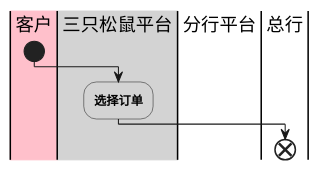
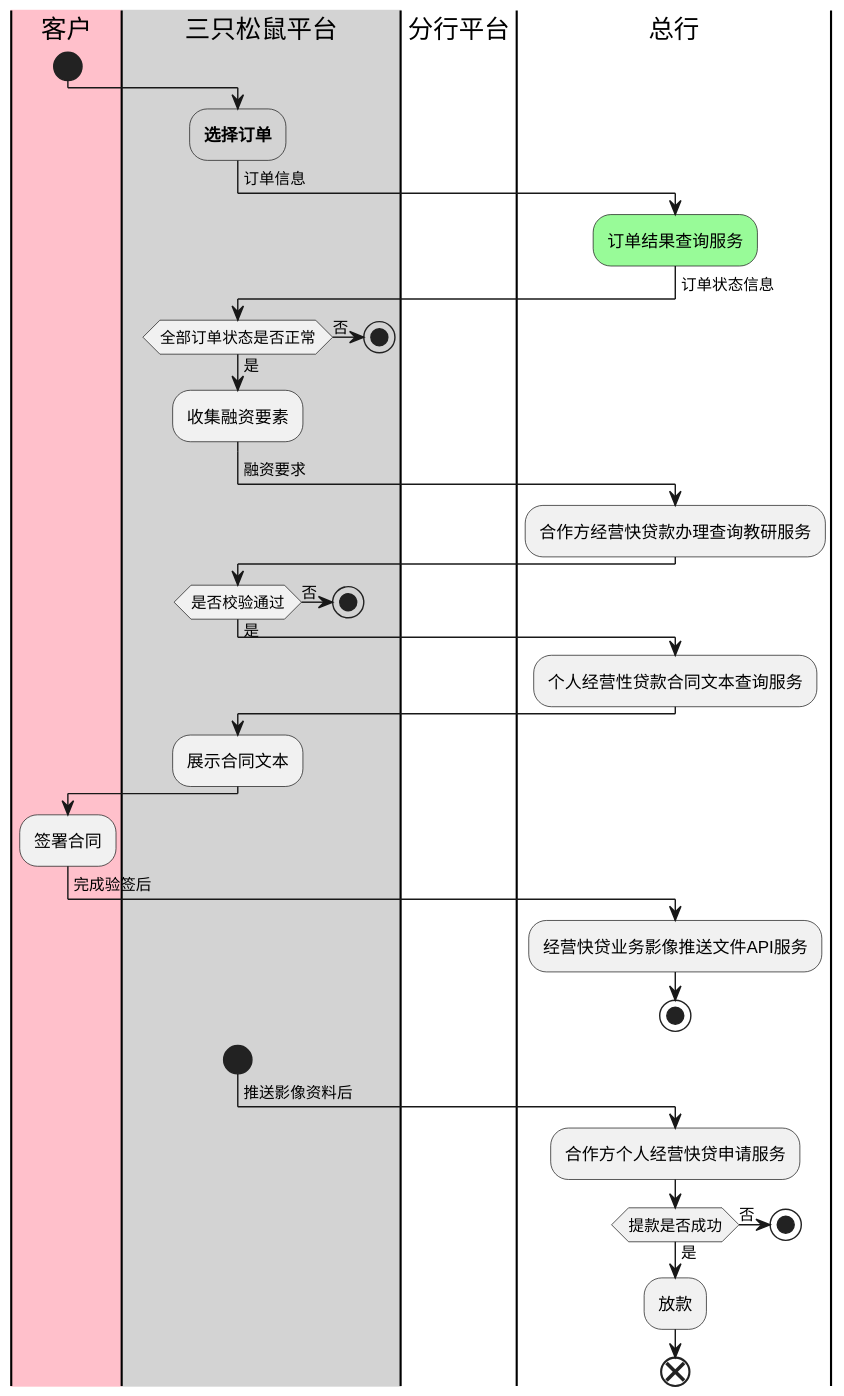
Before and after one commit to zhaoshg/javatest: the diagram in plantuml/Swimlanes.puml, drawn with PlantUML. The commit also changed 1 other file, not shown here.

Commit message:
状态图

```diff
--- a/plantuml/Swimlanes.puml
+++ b/plantuml/Swimlanes.puml
@@ -1,61 +1,62 @@
 @startuml
 |#pink|客户|
+scale 850 width
 start
 
 |#lightgray|三只松鼠平台|
 #lightgray:**选择订单**;
 
 |分行平台|
 
 |总行|
-'-> 订单信息;
-' #palegreen:订单结果查询服务;
-'
-'|三只松鼠平台|
-'-> 订单状态信息;
-'if(全部订单状态是否正常) then (否)
-'    stop
-'else (是)
-'    :收集融资要素;
-'endif
-'
-'
-'|总行|
-'-> 融资要求;
-':合作方经营快贷款办理查询教研服务;
-'
-'
-'|三只松鼠平台|
-'if(是否校验通过) then (否)
-'    stop;
-'else (是)
-'
-'|总行|
-':个人经营性贷款合同文本查询服务;
-'endif
-'
-'|三只松鼠平台|
-':展示合同文本;
-'
-'|客户|
-':签署合同;
-'
-'|总行|
-'-> 完成验签后;
-':经营快贷业务影像推送文件API服务;
-'stop
-'
-'|三只松鼠平台|
-'start
-'
-'|总行|
-'-> 推送影像资料后;
-':合作方个人经营快贷申请服务;
-'if(提款是否成功) then (是)
-'    :放款;
-'else (否)
-'    stop
-'endif;
+-> 订单信息;
+ #palegreen:订单结果查询服务;
+
+|三只松鼠平台|
+-> 订单状态信息;
+if(全部订单状态是否正常) then (否)
+    stop
+else (是)
+    :收集融资要素;
+endif
+
+
+|总行|
+-> 融资要求;
+:合作方经营快贷款办理查询教研服务;
+
+
+|三只松鼠平台|
+if(是否校验通过) then (否)
+    stop;
+else (是)
+
+|总行|
+:个人经营性贷款合同文本查询服务;
+endif
+
+|三只松鼠平台|
+:展示合同文本;
+
+|客户|
+:签署合同;
+
+|总行|
+-> 完成验签后;
+:经营快贷业务影像推送文件API服务;
+stop
+
+|三只松鼠平台|
+start
+
+|总行|
+-> 推送影像资料后;
+:合作方个人经营快贷申请服务;
+if(提款是否成功) then (是)
+    :放款;
+else (否)
+    stop
+endif;
 end;
 
 @enduml
```
